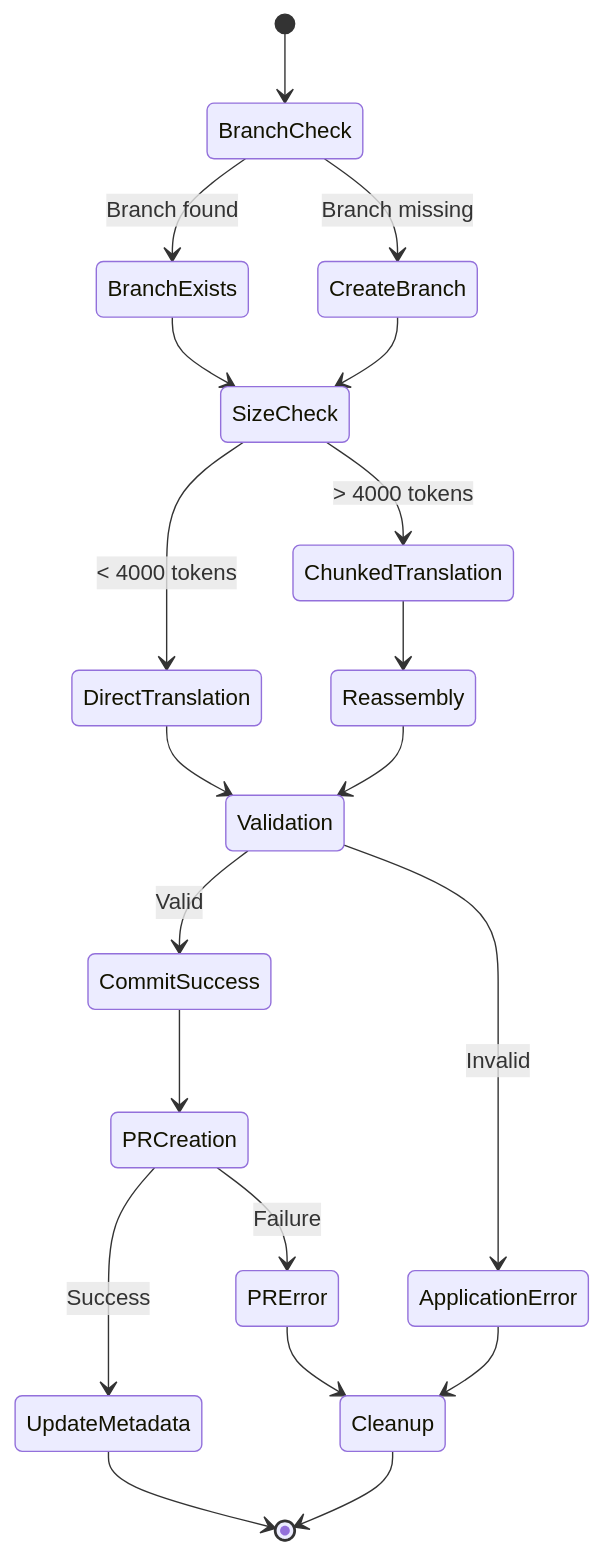
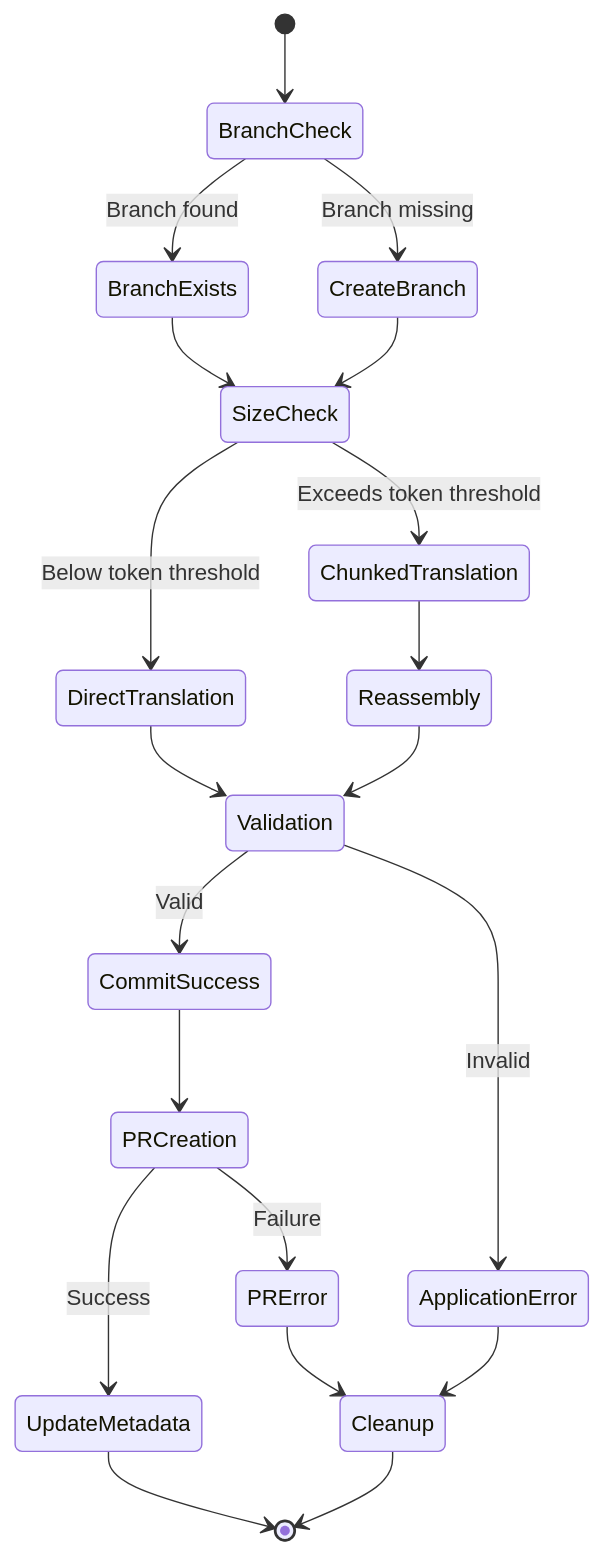
One commit to NivaldoFarias/translate-react changed the ninth of 11 diagrams in docs/WORKFLOW.md. Above: the diagram before and after it, drawn with Mermaid. The commit also changed other lines of this file and 28 other files, not shown here.

````diff
--- a/docs/WORKFLOW.md
+++ b/docs/WORKFLOW.md
@@ -454,31 +364,31 @@
 ```mermaid
 stateDiagram-v2
     [*] --> BranchCheck
 
     BranchCheck --> BranchExists : Branch found
     BranchCheck --> CreateBranch : Branch missing
 
     BranchExists --> SizeCheck
     CreateBranch --> SizeCheck
 
-    SizeCheck --> DirectTranslation : < 4000 tokens
-    SizeCheck --> ChunkedTranslation : > 4000 tokens
+    SizeCheck --> DirectTranslation : Below token threshold
+    SizeCheck --> ChunkedTranslation : Exceeds token threshold
 
     DirectTranslation --> Validation
     ChunkedTranslation --> Reassembly
     Reassembly --> Validation
 
     Validation --> CommitSuccess : Valid
     Validation --> ApplicationError : Invalid
 
     CommitSuccess --> PRCreation
 
     PRCreation --> UpdateMetadata : Success
     PRCreation --> PRError : Failure
 
     UpdateMetadata --> [*]
 
     ApplicationError --> Cleanup
     PRError --> Cleanup
     Cleanup --> [*]
 ```
````
